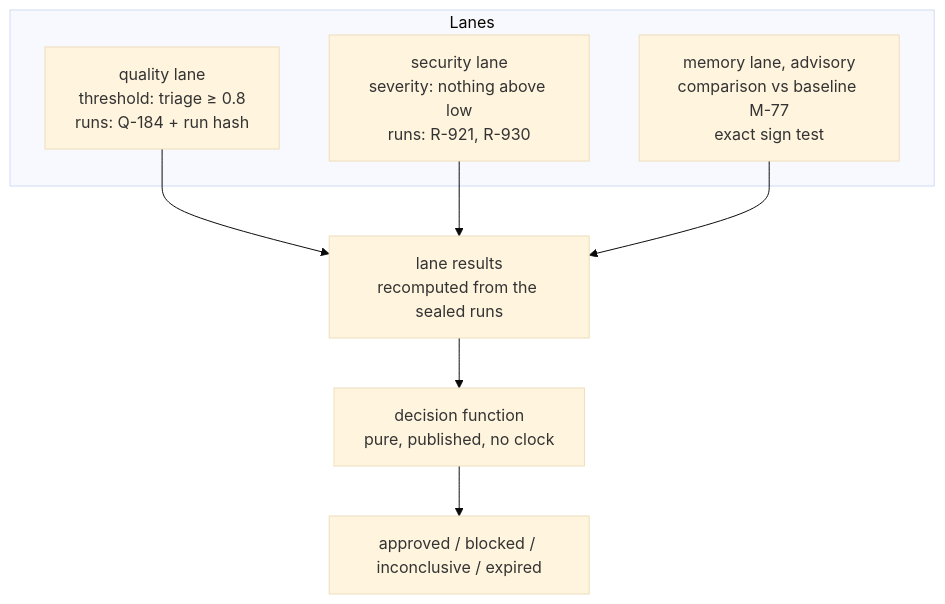
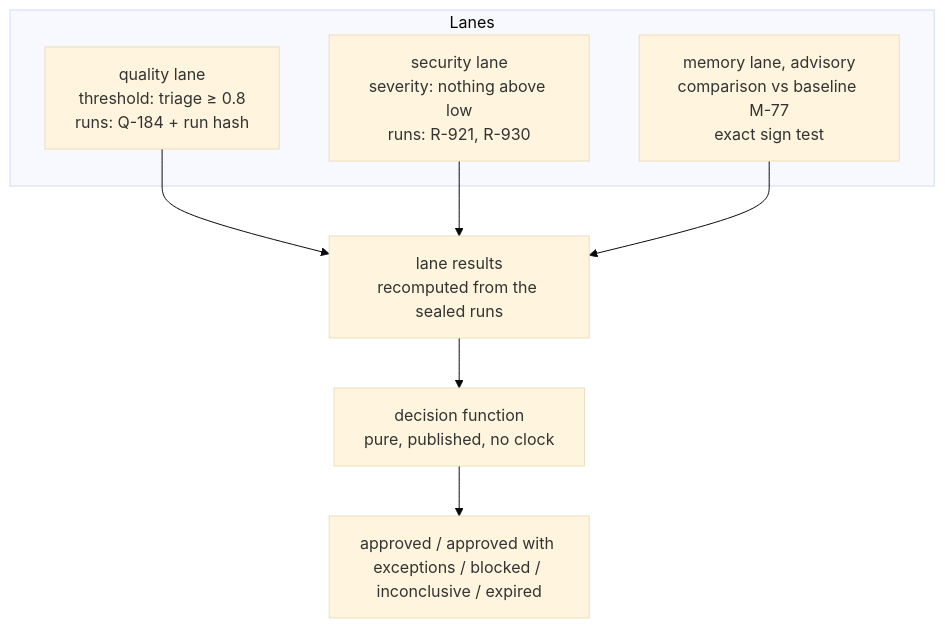
Before and after one commit to AgentEvalHQ/AgentEval: the second of 2 diagrams in contracts/aef/1/primer.md, drawn with Mermaid (base theme). The commit also changed other lines of this file and 1067 other files, not shown here.

````diff
--- a/contracts/aef/1/primer.md
+++ b/contracts/aef/1/primer.md
@@ -167,13 +169,13 @@
 ```mermaid
 flowchart TB
   subgraph Lanes
     Q[quality lane<br/>threshold: triage ≥ 0.8<br/>runs: Q-184 + run hash]
     R[security lane<br/>severity: nothing above low<br/>runs: R-921, R-930]
     M[memory lane, advisory<br/>comparison vs baseline M-77<br/>exact sign test]
   end
   Q --> LR[lane results<br/>recomputed from the sealed runs]
   R --> LR
   M --> LR
   LR --> D[decision function<br/>pure, published, no clock]
-  D --> O[approved / blocked / inconclusive / expired]
+  D --> O[approved / approved with exceptions / blocked / inconclusive / expired]
 ```
````
